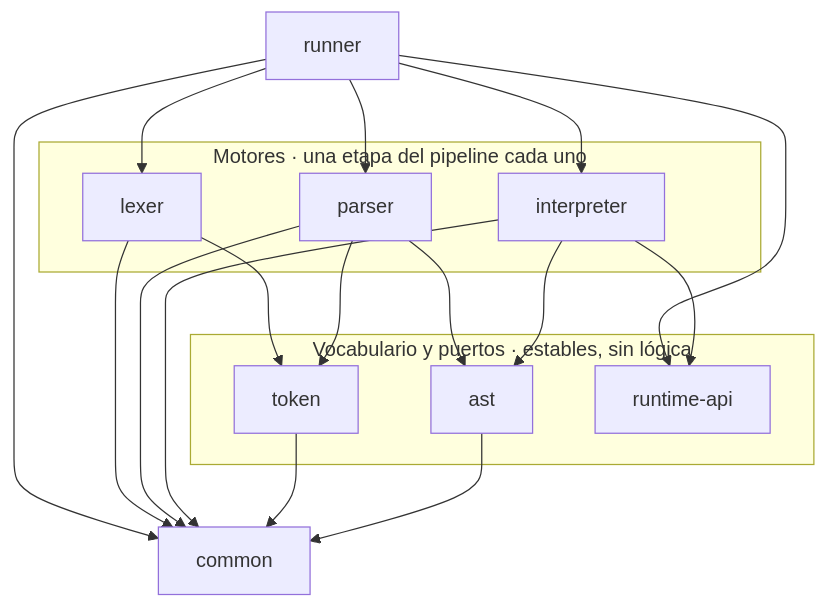
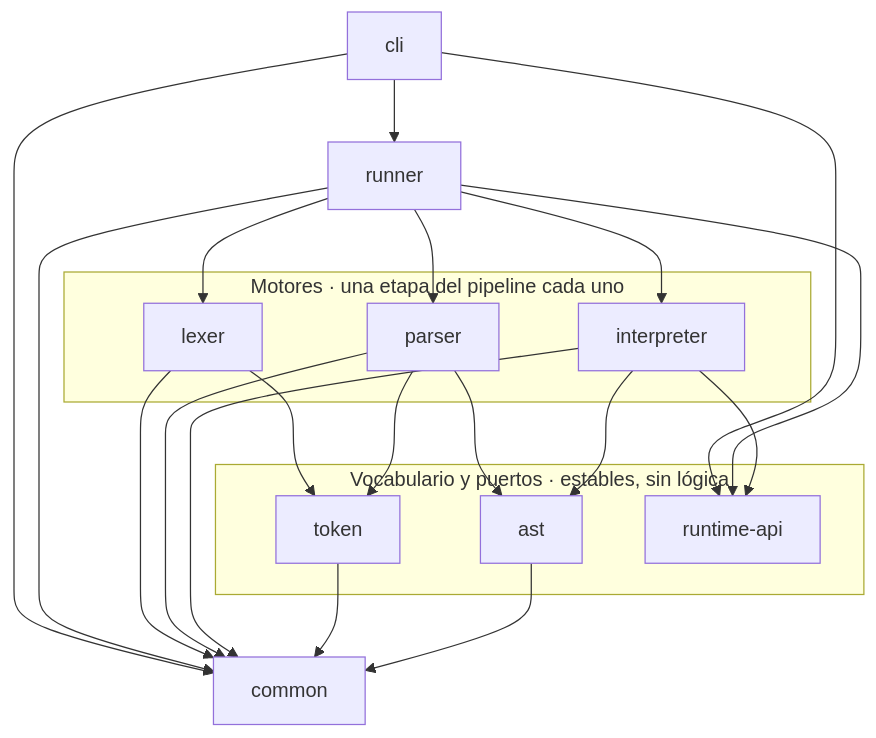
One commit to MartinaCousido/PrintScript changed the first of 3 diagrams in docs/arquitectura.md. Above: the diagram before and after it, drawn with Mermaid. The commit also changed other lines of this file and 30 other files, not shown here.

````diff
--- a/docs/arquitectura.md
+++ b/docs/arquitectura.md
@@ -13,35 +13,40 @@
 ```mermaid
 flowchart TD
+    cli["cli"]
     runner["runner"]
 
     subgraph motores["Motores · una etapa del pipeline cada uno"]
         lexer["lexer"]
         parser["parser"]
         interpreter["interpreter"]
     end
 
     subgraph vocabulario["Vocabulario y puertos · estables, sin lógica"]
         token["token"]
         ast["ast"]
         runtimeapi["runtime-api"]
     end
 
     common["common"]
+
+    cli --> runner
+    cli --> runtimeapi
+    cli --> common
 
     runner --> lexer
     runner --> parser
     runner --> interpreter
     runner --> runtimeapi
     runner --> common
 
     lexer --> token
     lexer --> common
     parser --> token
     parser --> ast
     parser --> common
     interpreter --> ast
     interpreter --> runtimeapi
     interpreter --> common
     token --> common
     ast --> common
 ```
````
